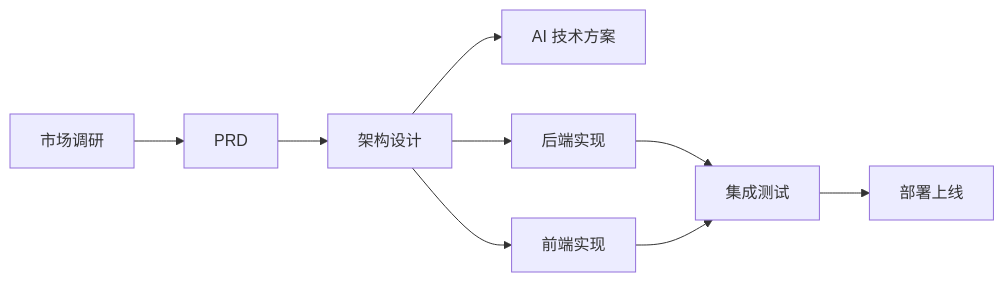
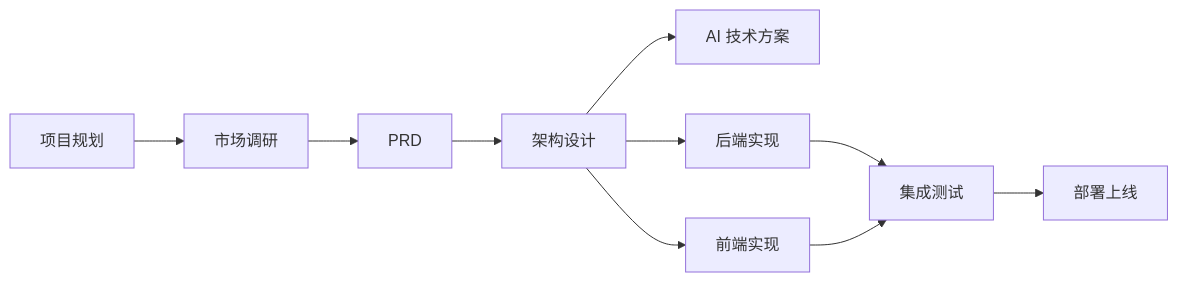
Before and after one commit to bignof/Agent-Team-Framework: the diagram in .claude/doc/PROJECT_INDEX.md, drawn with Mermaid. The commit also changed other lines of this file and 15 other files, not shown here.

````diff
--- a/.claude/doc/PROJECT_INDEX.md
+++ b/.claude/doc/PROJECT_INDEX.md
@@ -58,11 +107,12 @@
 ```mermaid
 graph LR
-    A[市场调研] --> B[PRD]
+    P[项目规划] --> A[市场调研]
+    A --> B[PRD]
     B --> C[架构设计]
     C --> D[AI 技术方案]
     C --> E[后端实现]
     C --> F[前端实现]
     E --> G[集成测试]
     F --> G
     G --> H[部署上线]
 ```
````
